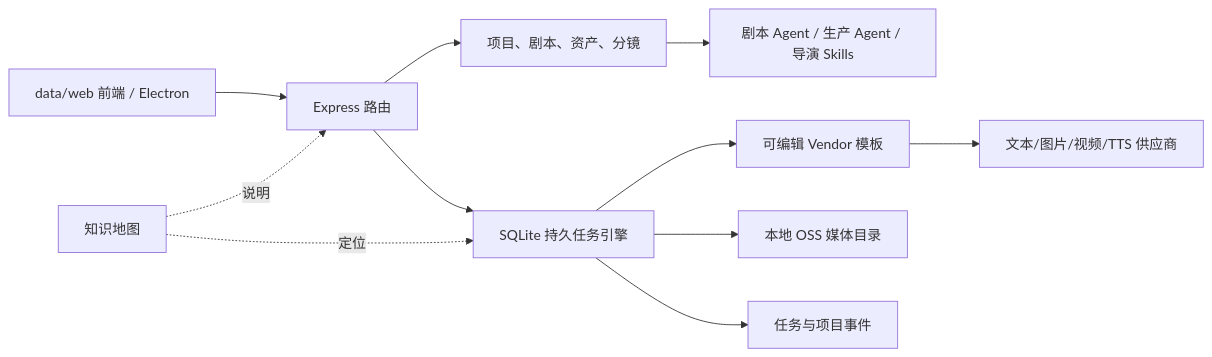
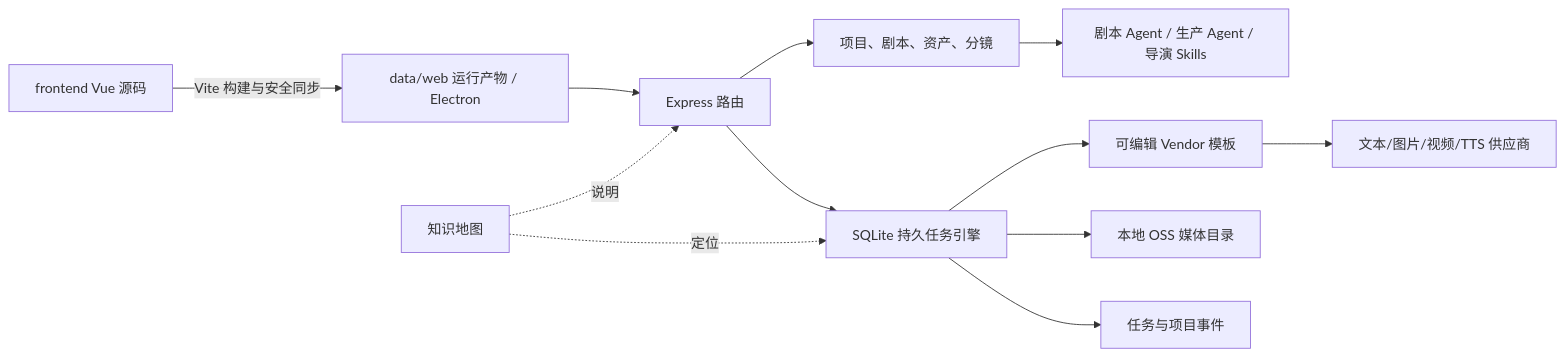
One commit to NathanielbeeLee/Toonflow-app changed the diagram in docs/knowledge-hub/architecture.md. Above: the diagram before and after it, drawn with Mermaid. The commit also changed other lines of this file and 10 other files, not shown here.

````diff
--- a/docs/knowledge-hub/architecture.md
+++ b/docs/knowledge-hub/architecture.md
@@ -3,13 +3,14 @@
 ```mermaid
 flowchart LR
-  UI["data/web 前端 / Electron"] --> API["Express 路由"]
+  Source["frontend Vue 源码"] -->|"Vite 构建与安全同步"| UI["data/web 运行产物 / Electron"]
+  UI --> API["Express 路由"]
   API --> Domain["项目、剧本、资产、分镜"]
   Domain --> Agent["剧本 Agent / 生产 Agent / 导演 Skills"]
   API --> Queue["SQLite 持久任务引擎"]
   Queue --> Vendor["可编辑 Vendor 模板"]
   Vendor --> Cloud["文本/图片/视频/TTS 供应商"]
   Queue --> Media["本地 OSS 媒体目录"]
   Queue --> Events["任务与项目事件"]
   Knowledge["知识地图"] -.说明.-> API
   Knowledge -.定位.-> Queue
 ```
````
